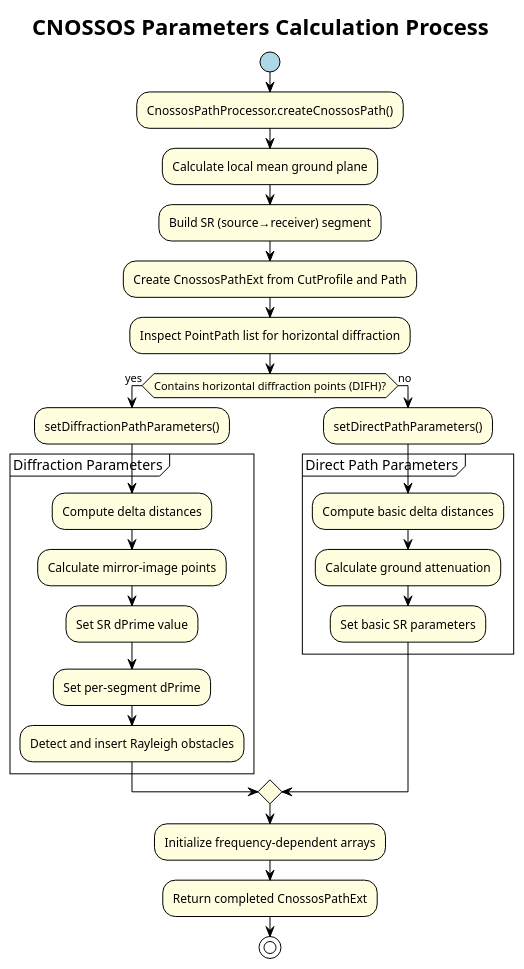
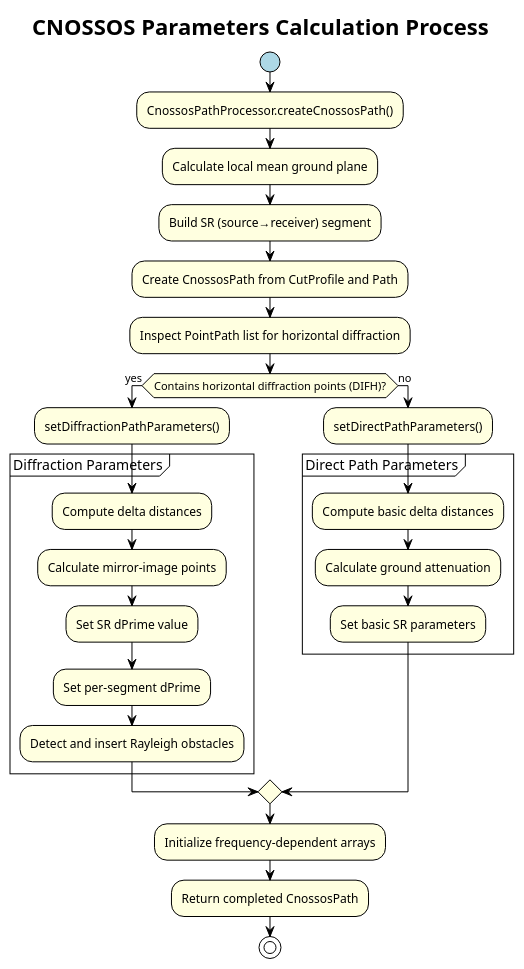
Before and after one commit to jtagusari/NoiseModelling: diagram 12 of 12 in Docs-dev/propagation_algorithms.md, drawn with PlantUML. The commit also changed other lines of this file and 9 other files, not shown here.

````diff
--- a/Docs-dev/propagation_algorithms.md
+++ b/Docs-dev/propagation_algorithms.md
@@ -769,57 +769,57 @@
 ```plantuml
 @startuml
 !theme plain
 skinparam backgroundColor White
 skinparam packageStyle rectangle
 skinparam activityStartColor #lightblue
 skinparam activityEndColor #lightcoral
 skinparam activityBackgroundColor #lightyellow
 skinparam activityBorderColor #black
 
 title CNOSSOS Parameters Calculation Process
 
 start
 
 :CnossosPathProcessor.createCnossosPath();
 
 :Calculate local mean ground plane;
 
 :Build SR (source→receiver) segment;
 
-:Create CnossosPathExt from CutProfile and Path;
+:Create CnossosPath from CutProfile and Path;
 
 :Inspect PointPath list for horizontal diffraction;
 if (Contains horizontal diffraction points (DIFH)?) then (yes)
   :setDiffractionPathParameters();
   
   partition "Diffraction Parameters" {
     :Compute delta distances;
     
     :Calculate mirror-image points;
     
     :Set SR dPrime value;
     
     :Set per-segment dPrime;
     
     :Detect and insert Rayleigh obstacles;
   }
 else (no)
   :setDirectPathParameters();
   
   partition "Direct Path Parameters" {
     :Compute basic delta distances;
     
     :Calculate ground attenuation;
     
     :Set basic SR parameters;
   }
 endif
 
 :Initialize frequency-dependent arrays;
 
-:Return completed CnossosPathExt;
+:Return completed CnossosPath;
 
 stop
 
 @enduml
 ```
````
